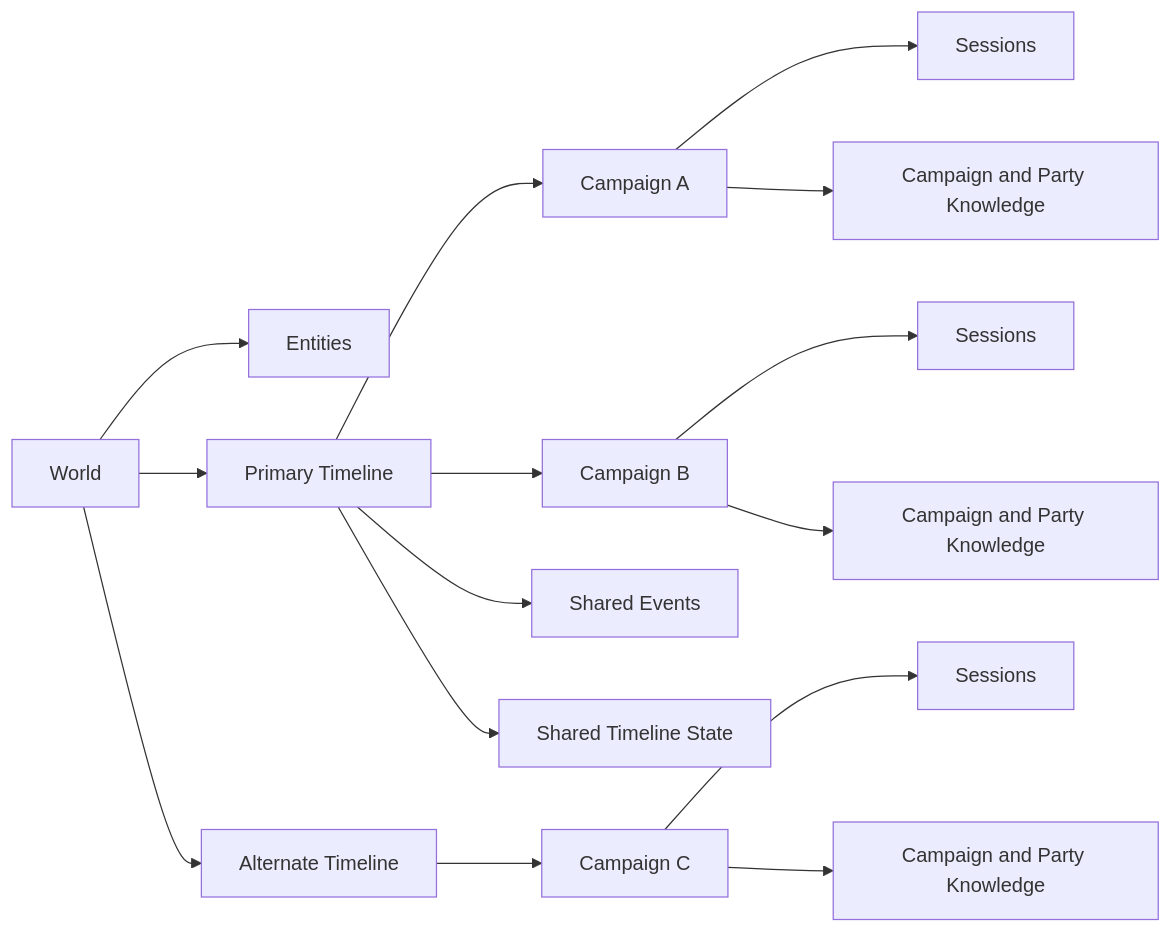
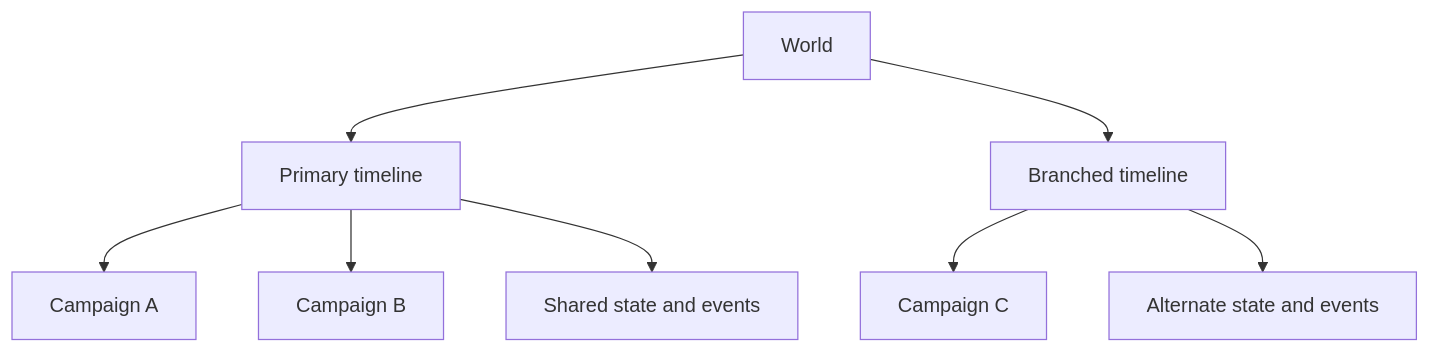
Before and after one commit to NemesisGhost/dnd_ai: the first of 2 diagrams in README.md, drawn with Mermaid. The commit also changed other lines of this file, not shown here.

````diff
--- a/README.md
+++ b/README.md
@@ -332,21 +190,10 @@
 ```mermaid
-flowchart LR
-    W[World] --> E[Entities]
-    W --> T1[Primary Timeline]
-    W --> T2[Alternate Timeline]
-
+flowchart TB
+    W[World] --> T1[Primary timeline]
+    W --> T2[Branched timeline]
     T1 --> C1[Campaign A]
     T1 --> C2[Campaign B]
     T2 --> C3[Campaign C]
-
-    T1 --> EV1[Shared Events]
-    T1 --> ST1[Shared Timeline State]
-
-    C1 --> S1[Sessions]
-    C2 --> S2[Sessions]
-    C3 --> S3[Sessions]
-
-    C1 --> K1[Campaign and Party Knowledge]
-    C2 --> K2[Campaign and Party Knowledge]
-    C3 --> K3[Campaign and Party Knowledge]
+    T1 --> S1[Shared state and events]
+    T2 --> S2[Alternate state and events]
 ```
````
